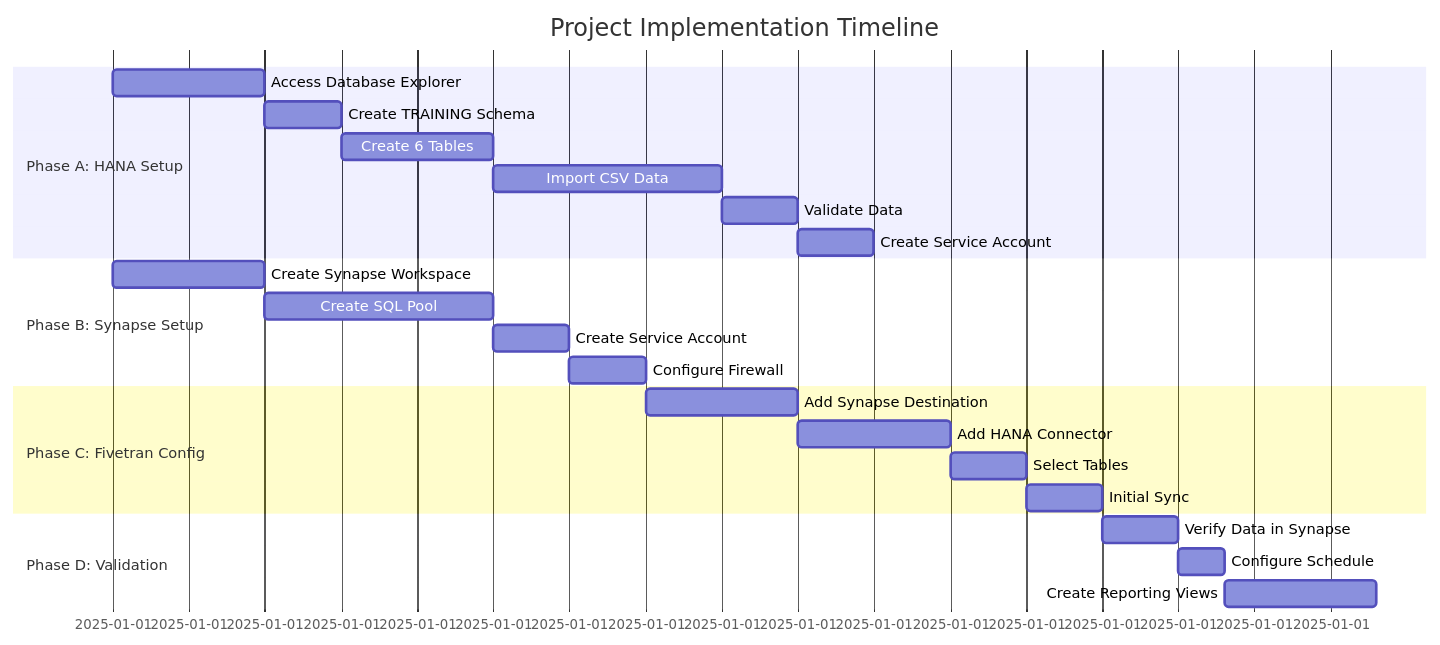
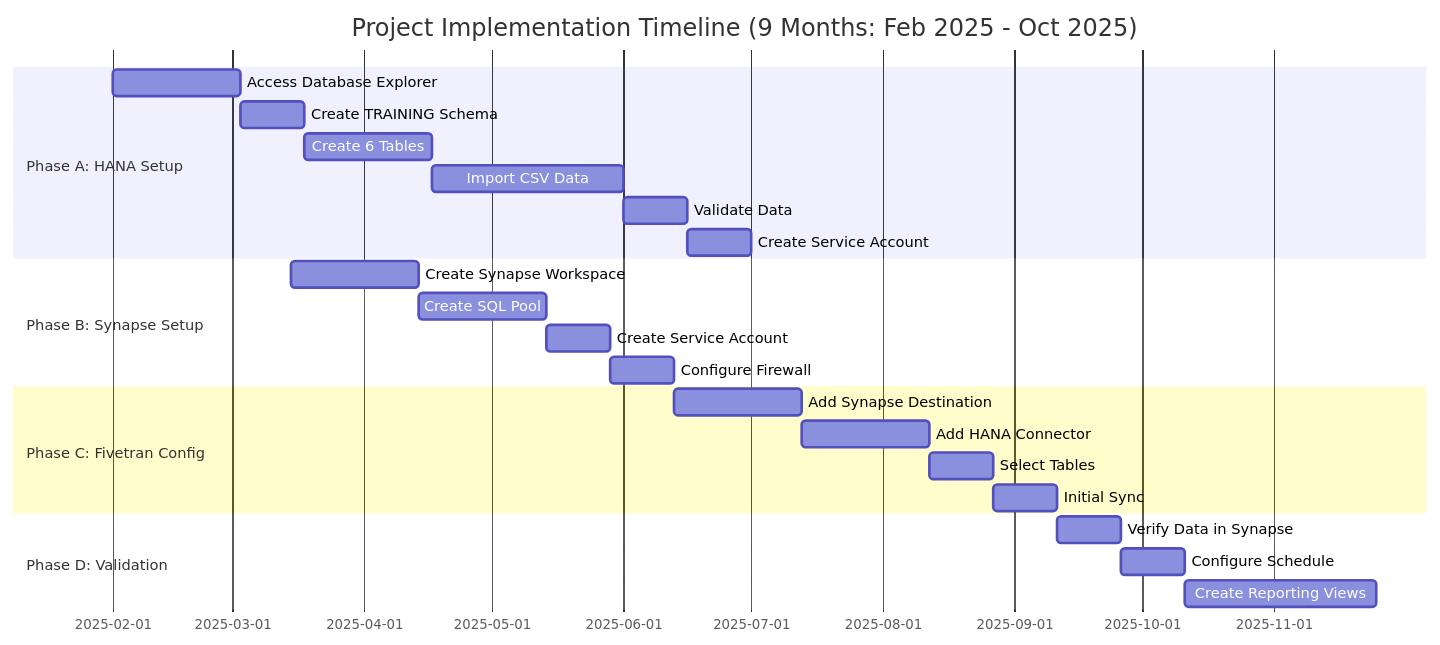
Before and after one commit to Anshuman05091997/SAP-BTP-prepare-the-batch-Dedicated-dataset-integration-to-fivetran-: the second of 8 diagrams in VISUAL_DIAGRAMS.md, drawn with Mermaid. The commit also changed other lines of this file and 2 other files, not shown here.

Commit message:
Update project timeline to 9-month duration (Feb 2025 - Oct 2025)
- Updated Gantt chart in VISUAL_DIAGRAMS.md with realistic day-based durations
- Modified project timeline table in PROJECT_FLOW.md to reflect 9-month duration
- Added project duration metadata to ARCHITECTURE.md and VISUAL_DIAGRAMS.md
- Changed from 2-hour implementation to 9-month research project timeline
- All phases now properly distributed across 9 months with appropriate durations

````diff
--- a/VISUAL_DIAGRAMS.md
+++ b/VISUAL_DIAGRAMS.md
@@ -60,29 +60,29 @@
 ```mermaid
 gantt
-    title Project Implementation Timeline
+    title Project Implementation Timeline (9 Months: Feb 2025 - Oct 2025)
     dateFormat YYYY-MM-DD
     section Phase A: HANA Setup
-    Access Database Explorer      :a1, 2025-01-01, 10m
-    Create TRAINING Schema        :a2, after a1, 5m
-    Create 6 Tables              :a3, after a2, 10m
-    Import CSV Data              :a4, after a3, 15m
-    Validate Data                :a5, after a4, 5m
-    Create Service Account       :a6, after a5, 5m
+    Access Database Explorer      :a1, 2025-02-01, 30d
+    Create TRAINING Schema        :a2, after a1, 15d
+    Create 6 Tables              :a3, after a2, 30d
+    Import CSV Data              :a4, after a3, 45d
+    Validate Data                :a5, after a4, 15d
+    Create Service Account       :a6, after a5, 15d
     
     section Phase B: Synapse Setup
-    Create Synapse Workspace     :b1, 2025-01-01, 10m
-    Create SQL Pool              :b2, after b1, 15m
-    Create Service Account       :b3, after b2, 5m
-    Configure Firewall           :b4, after b3, 5m
+    Create Synapse Workspace     :b1, 2025-03-15, 30d
+    Create SQL Pool              :b2, after b1, 30d
+    Create Service Account       :b3, after b2, 15d
+    Configure Firewall           :b4, after b3, 15d
     
     section Phase C: Fivetran Config
-    Add Synapse Destination      :c1, after b4, 10m
-    Add HANA Connector           :c2, after c1, 10m
-    Select Tables                :c3, after c2, 5m
-    Initial Sync                 :c4, after c3, 5m
+    Add Synapse Destination      :c1, after b4, 30d
+    Add HANA Connector           :c2, after c1, 30d
+    Select Tables                :c3, after c2, 15d
+    Initial Sync                 :c4, after c3, 15d
     
     section Phase D: Validation
-    Verify Data in Synapse       :d1, after c4, 5m
-    Configure Schedule           :d2, after d1, 3m
-    Create Reporting Views       :d3, after d2, 10m
+    Verify Data in Synapse       :d1, after c4, 15d
+    Configure Schedule           :d2, after d1, 15d
+    Create Reporting Views       :d3, after d2, 45d
 ```
````
